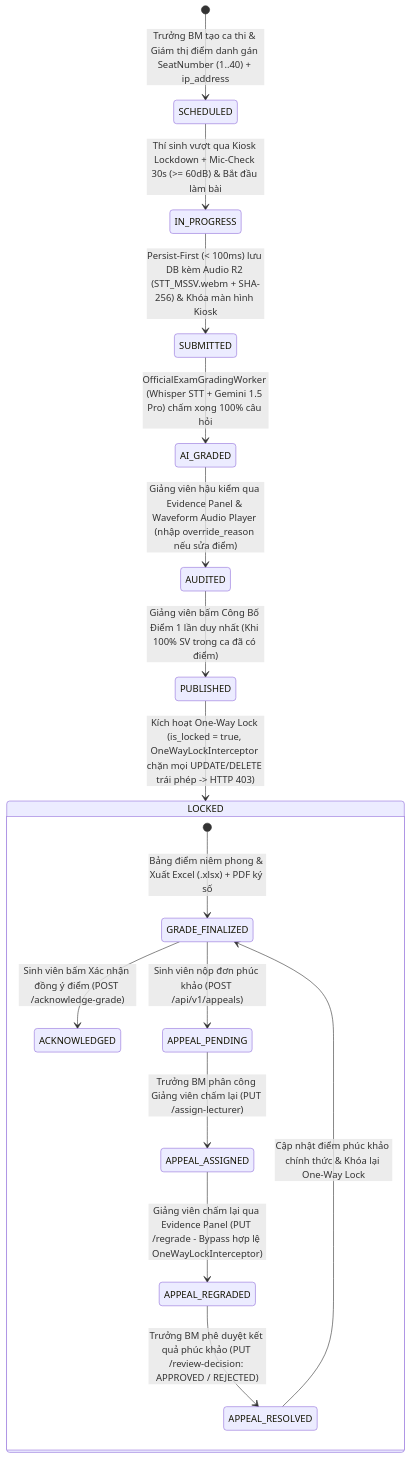
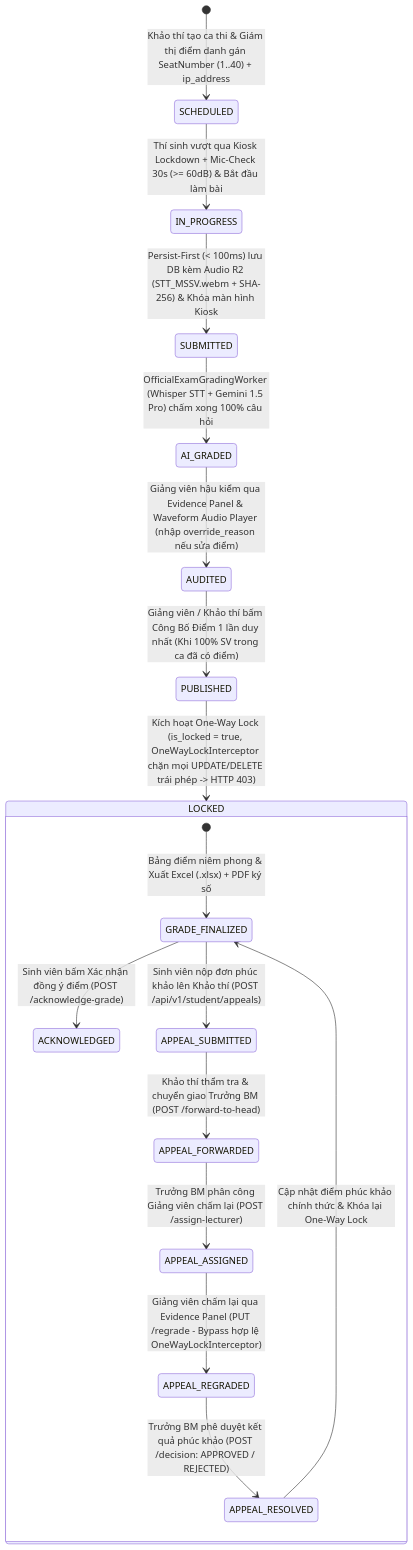
Diagram 17 of 24 in docs/01_architecture/MASTER_ARCHITECTURE.md (An-LLM-based-Oral-Examination/oral-exam-system), drawn with Mermaid before and after one commit. The commit also changed other lines of this file and 162 other files, not shown here.

Commit message:
feat(official-exam): sync 6 roles rbac, course clos, anti-cheat logs and architecture docs

````diff
--- a/docs/01_architecture/MASTER_ARCHITECTURE.md
+++ b/docs/01_architecture/MASTER_ARCHITECTURE.md
@@ -1632,20 +1687,21 @@
 ```mermaid
 stateDiagram-v2
-    [*] --> SCHEDULED: Trưởng BM tạo ca thi & Giám thị điểm danh gán SeatNumber (1..40) + ip_address
+    [*] --> SCHEDULED: Khảo thí tạo ca thi & Giám thị điểm danh gán SeatNumber (1..40) + ip_address
     SCHEDULED --> IN_PROGRESS: Thí sinh vượt qua Kiosk Lockdown + Mic-Check 30s (>= 60dB) & Bắt đầu làm bài
     IN_PROGRESS --> SUBMITTED: Persist-First (< 100ms) lưu DB kèm Audio R2 (STT_MSSV.webm + SHA-256) & Khóa màn hình Kiosk
     SUBMITTED --> AI_GRADED: OfficialExamGradingWorker (Whisper STT + Gemini 1.5 Pro) chấm xong 100% câu hỏi
     AI_GRADED --> AUDITED: Giảng viên hậu kiểm qua Evidence Panel & Waveform Audio Player (nhập override_reason nếu sửa điểm)
-    AUDITED --> PUBLISHED: Giảng viên bấm Công Bố Điểm 1 lần duy nhất (Khi 100% SV trong ca đã có điểm)
+    AUDITED --> PUBLISHED: Giảng viên / Khảo thí bấm Công Bố Điểm 1 lần duy nhất (Khi 100% SV trong ca đã có điểm)
     PUBLISHED --> LOCKED: Kích hoạt One-Way Lock (is_locked = true, OneWayLockInterceptor chặn mọi UPDATE/DELETE trái phép -> HTTP 403)
 
     state LOCKED {
         [*] --> GRADE_FINALIZED: Bảng điểm niêm phong & Xuất Excel (.xlsx) + PDF ký số
         GRADE_FINALIZED --> ACKNOWLEDGED: Sinh viên bấm Xác nhận đồng ý điểm (POST /acknowledge-grade)
-        GRADE_FINALIZED --> APPEAL_PENDING: Sinh viên nộp đơn phúc khảo (POST /api/v1/appeals)
-        APPEAL_PENDING --> APPEAL_ASSIGNED: Trưởng BM phân công Giảng viên chấm lại (PUT /assign-lecturer)
+        GRADE_FINALIZED --> APPEAL_SUBMITTED: Sinh viên nộp đơn phúc khảo lên Khảo thí (POST /api/v1/student/appeals)
+        APPEAL_SUBMITTED --> APPEAL_FORWARDED: Khảo thí thẩm tra & chuyển giao Trưởng BM (POST /forward-to-head)
+        APPEAL_FORWARDED --> APPEAL_ASSIGNED: Trưởng BM phân công Giảng viên chấm lại (POST /assign-lecturer)
         APPEAL_ASSIGNED --> APPEAL_REGRADED: Giảng viên chấm lại qua Evidence Panel (PUT /regrade - Bypass hợp lệ OneWayLockInterceptor)
-        APPEAL_REGRADED --> APPEAL_RESOLVED: Trưởng BM phê duyệt kết quả phúc khảo (PUT /review-decision: APPROVED / REJECTED)
+        APPEAL_REGRADED --> APPEAL_RESOLVED: Trưởng BM phê duyệt kết quả phúc khảo (POST /decision: APPROVED / REJECTED)
         APPEAL_RESOLVED --> GRADE_FINALIZED: Cập nhật điểm phúc khảo chính thức & Khóa lại One-Way Lock
     }
 ```
````
